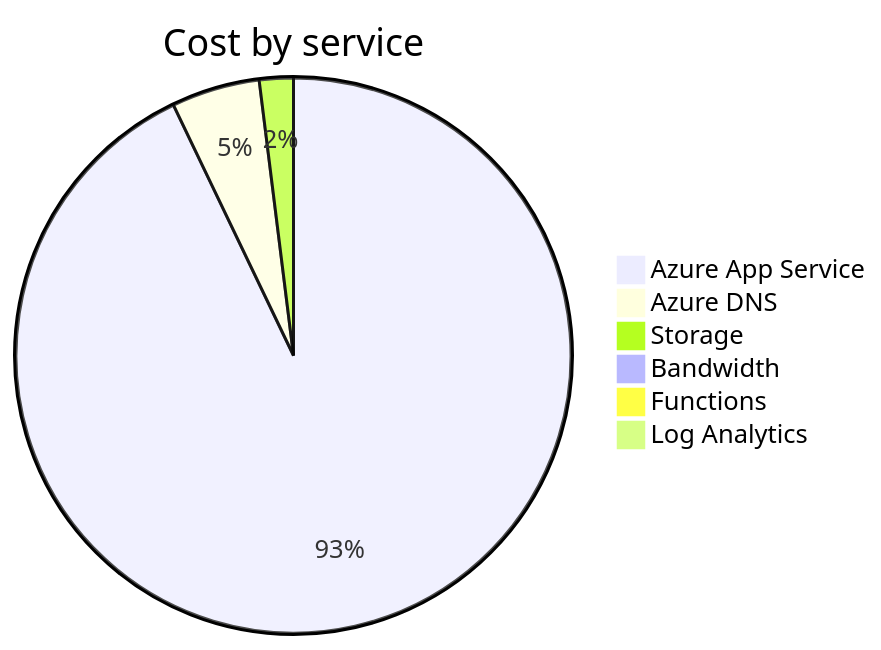
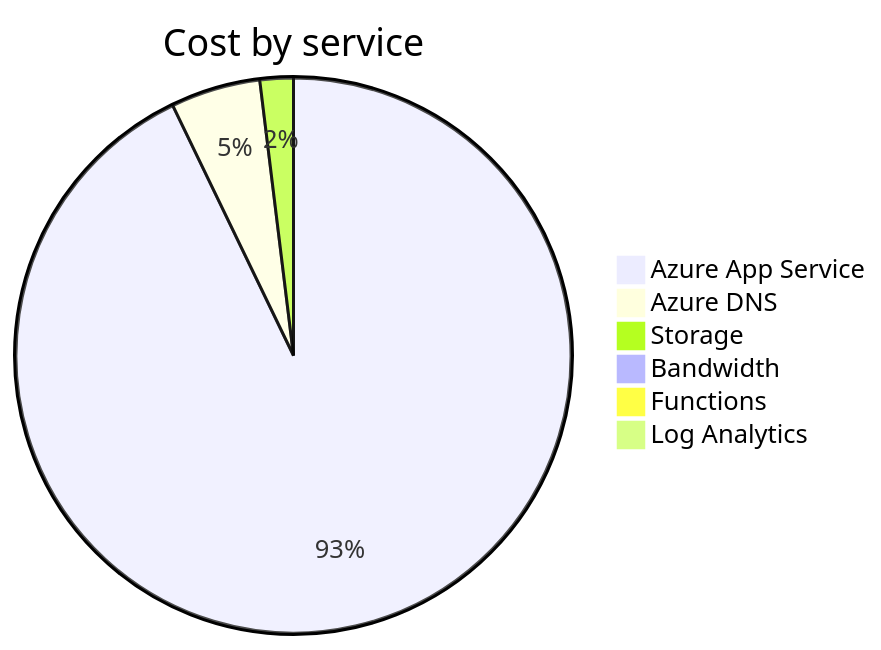
Before and after one commit to jpfulton/azure-personal-reports: the second of 4 diagrams in cost-reports/accumulated-cost.md, drawn with Mermaid. The commit also changed other lines of this file and 4 other files, not shown here.

````diff
--- a/cost-reports/accumulated-cost.md
+++ b/cost-reports/accumulated-cost.md
@@ -98,10 +98,10 @@
 ```mermaid
 pie
    title Cost by service
-   "Azure App Service" : 7.05
-   "Azure DNS" : 0.39
-   "Storage" : 0.15
+   "Azure App Service" : 7.65
+   "Azure DNS" : 0.43
+   "Storage" : 0.16
    "Bandwidth" : 0.00
    "Functions" : 0.00
    "Log Analytics" : 0.00
 ```
````
